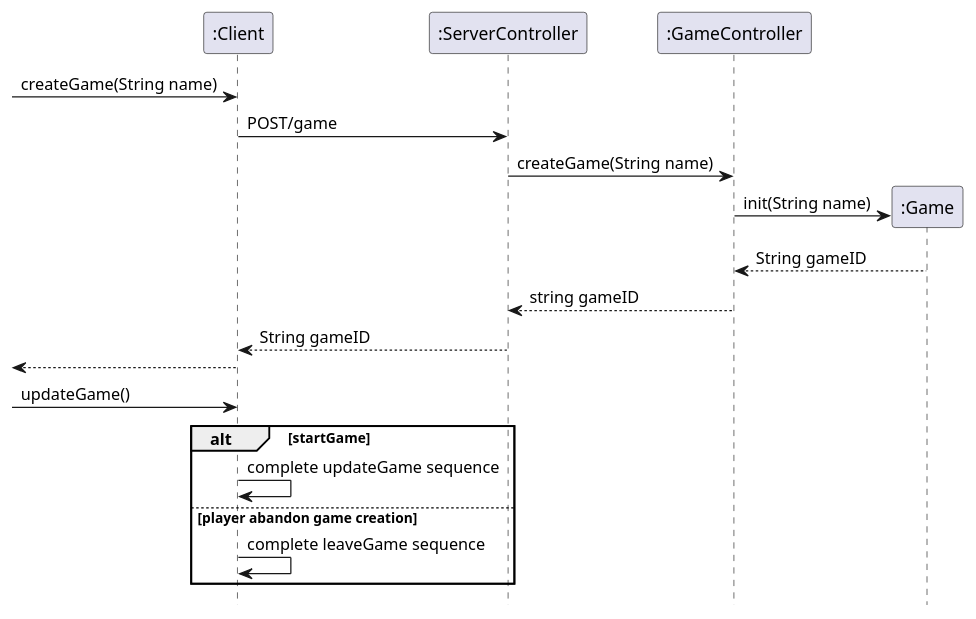
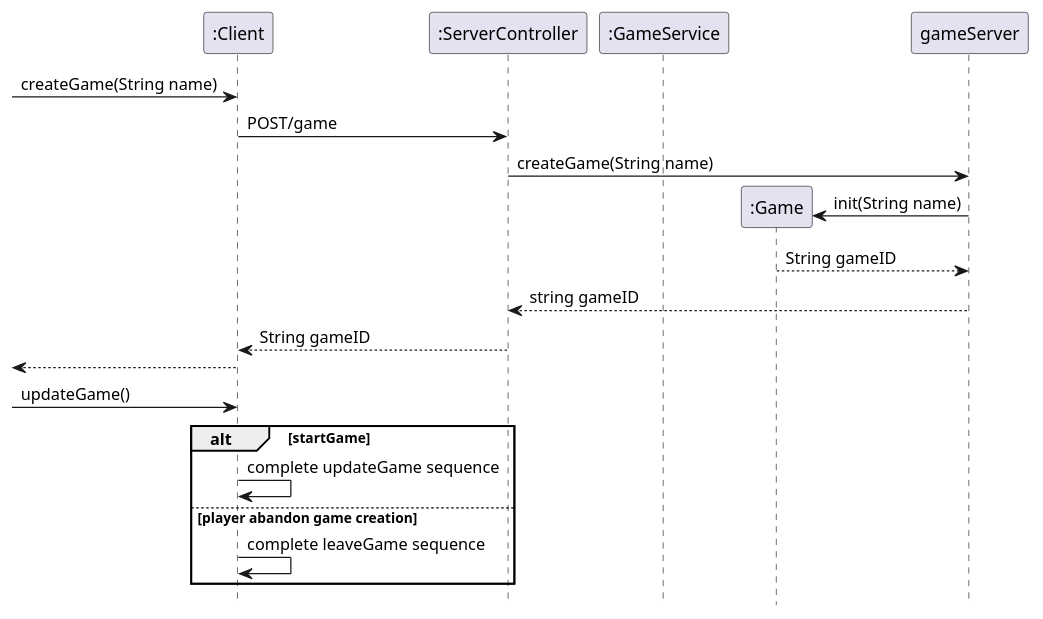
The diagram in diagrams/Server SSD's/Create_Game.puml (MikaelFangel/RoboRally), drawn with PlantUML before and after one commit. The commit also changed 4 other files, not shown here.

```diff
--- a/diagrams/Server SSD's/Create_Game.puml
+++ b/diagrams/Server SSD's/Create_Game.puml
@@ -1,26 +1,26 @@
 @startuml
 'https://plantuml.com/sequence-diagram
 
 hide footbox
 
 Participant ":Client" as client
 Participant ":ServerController" as server
-Participant ":GameController" as gameController
+Participant ":GameService" as gameService
 participant ":Game" as game
 
 -> client : createGame(String name)
 client -> server : POST/game
-server -> gameController : createGame(String name)
-gameController -> game ** : init(String name)
-gameController <-- game : String gameID
-server <-- gameController : string gameID
+server -> gameServer : createGame(String name)
+gameServer -> game ** : init(String name)
+gameServer <-- game : String gameID
+server <-- gameServer : string gameID
 client <-- server : String gameID
 <-- client
 -> client : updateGame()
 alt startGame
     client->client : complete updateGame sequence
 else player abandon game creation
     client->client : complete leaveGame sequence
 end
 
 @enduml
```
